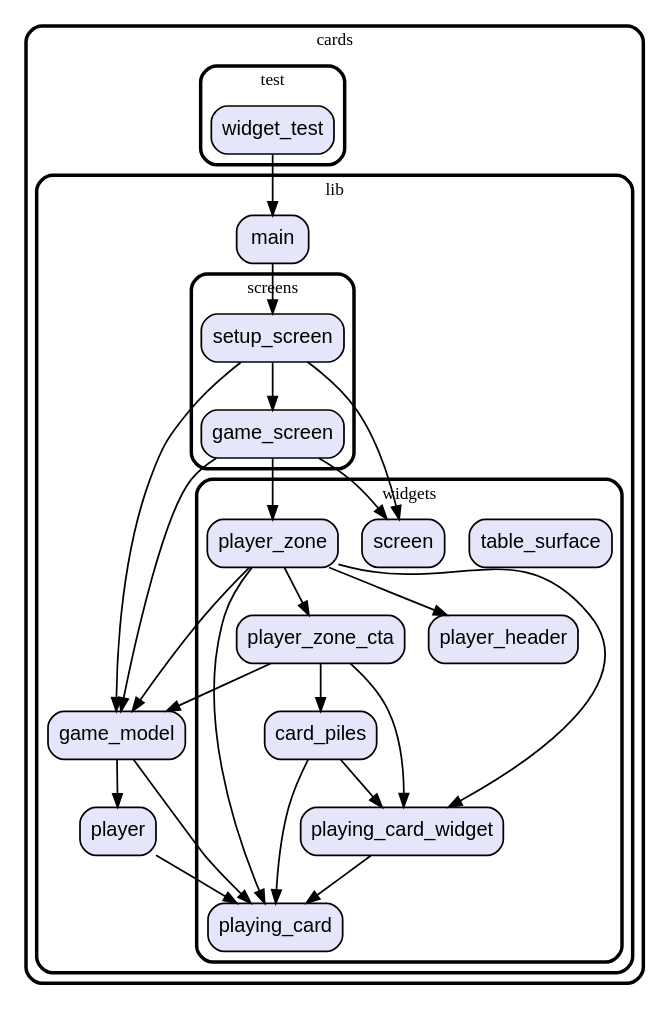
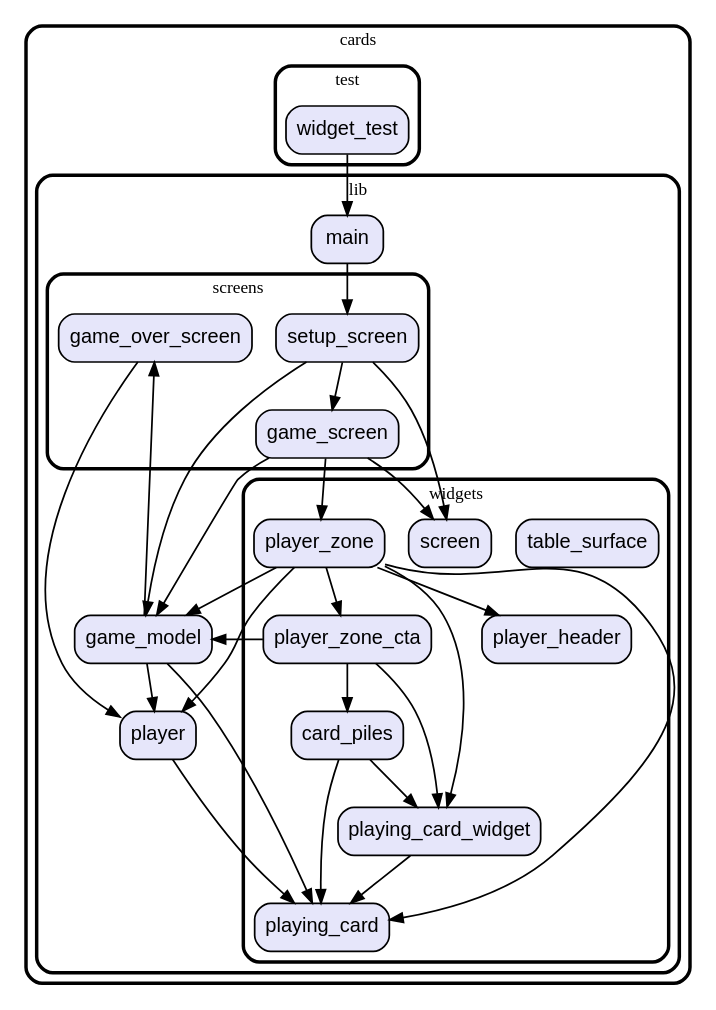
The diagram in graph.dot (vteam-com/Cards), drawn with Graphviz before and after one commit. The commit also changed 4 other files, not shown here.

```diff
--- a/graph.dot
+++ b/graph.dot
@@ -1,70 +1,75 @@
 digraph "" {
   graph [style=rounded fontname="Arial Black" fontsize=13 penwidth=2.6];
   node [shape=rect style="filled,rounded" fontname=Arial fontsize=15 fillcolor=Lavender penwidth=1.3];
   edge [penwidth=1.3];
   "/test/widget_test.dart" [label="widget_test"];
   "/lib/game_model.dart" [label="game_model"];
   "/lib/screens/game_screen.dart" [label="game_screen"];
+  "/lib/screens/game_over_screen.dart" [label="game_over_screen"];
   "/lib/screens/setup_screen.dart" [label="setup_screen"];
   "/lib/main.dart" [label="main"];
   "/lib/player.dart" [label="player"];
   "/lib/widgets/playing_card_widget.dart" [label="playing_card_widget"];
   "/lib/widgets/table_surface.dart" [label="table_surface"];
   "/lib/widgets/player_zone.dart" [label="player_zone"];
   "/lib/widgets/playing_card.dart" [label="playing_card"];
   "/lib/widgets/card_piles.dart" [label="card_piles"];
   "/lib/widgets/player_zone_cta.dart" [label="player_zone_cta"];
   "/lib/widgets/screen.dart" [label="screen"];
   "/lib/widgets/player_header.dart" [label="player_header"];
   subgraph "cluster~" {
     label="cards";
     subgraph "cluster~/test" {
       label="test";
       "/test/widget_test.dart";
     }
     subgraph "cluster~/lib" {
       label="lib";
       "/lib/game_model.dart";
       "/lib/main.dart";
       "/lib/player.dart";
       subgraph "cluster~/lib/screens" {
         label="screens";
         "/lib/screens/game_screen.dart";
+        "/lib/screens/game_over_screen.dart";
         "/lib/screens/setup_screen.dart";
       }
       subgraph "cluster~/lib/widgets" {
         label="widgets";
         "/lib/widgets/playing_card_widget.dart";
         "/lib/widgets/table_surface.dart";
         "/lib/widgets/player_zone.dart";
         "/lib/widgets/playing_card.dart";
         "/lib/widgets/card_piles.dart";
         "/lib/widgets/player_zone_cta.dart";
         "/lib/widgets/screen.dart";
         "/lib/widgets/player_header.dart";
       }
     }
   }
   "/test/widget_test.dart" -> "/lib/main.dart";
   "/lib/game_model.dart" -> "/lib/player.dart";
+  "/lib/game_model.dart" -> "/lib/screens/game_over_screen.dart";
   "/lib/game_model.dart" -> "/lib/widgets/playing_card.dart";
   "/lib/screens/game_screen.dart" -> "/lib/widgets/player_zone.dart";
   "/lib/screens/game_screen.dart" -> "/lib/widgets/screen.dart";
   "/lib/screens/game_screen.dart" -> "/lib/game_model.dart";
+  "/lib/screens/game_over_screen.dart" -> "/lib/player.dart";
   "/lib/screens/setup_screen.dart" -> "/lib/game_model.dart";
   "/lib/screens/setup_screen.dart" -> "/lib/screens/game_screen.dart";
   "/lib/screens/setup_screen.dart" -> "/lib/widgets/screen.dart";
   "/lib/main.dart" -> "/lib/screens/setup_screen.dart";
   "/lib/player.dart" -> "/lib/widgets/playing_card.dart";
   "/lib/widgets/playing_card_widget.dart" -> "/lib/widgets/playing_card.dart";
   "/lib/widgets/player_zone.dart" -> "/lib/game_model.dart";
+  "/lib/widgets/player_zone.dart" -> "/lib/player.dart";
   "/lib/widgets/player_zone.dart" -> "/lib/widgets/player_header.dart";
   "/lib/widgets/player_zone.dart" -> "/lib/widgets/player_zone_cta.dart";
   "/lib/widgets/player_zone.dart" -> "/lib/widgets/playing_card.dart";
   "/lib/widgets/player_zone.dart" -> "/lib/widgets/playing_card_widget.dart";
   "/lib/widgets/card_piles.dart" -> "/lib/widgets/playing_card.dart";
   "/lib/widgets/card_piles.dart" -> "/lib/widgets/playing_card_widget.dart";
   "/lib/widgets/player_zone_cta.dart" -> "/lib/game_model.dart";
   "/lib/widgets/player_zone_cta.dart" -> "/lib/widgets/card_piles.dart";
   "/lib/widgets/player_zone_cta.dart" -> "/lib/widgets/playing_card_widget.dart";
 }
```
